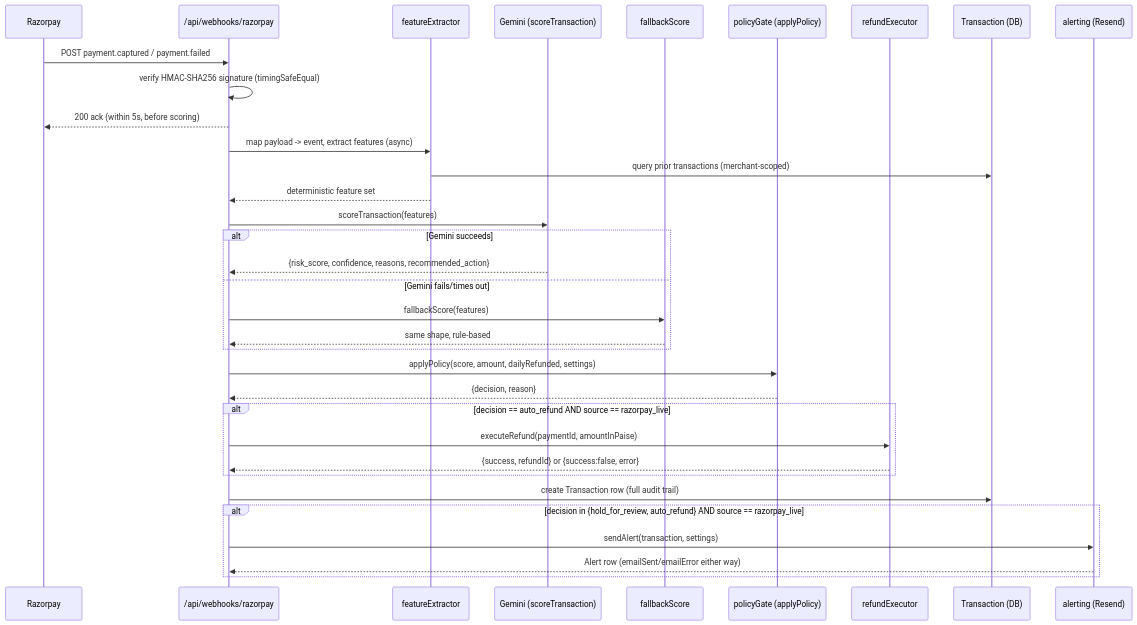
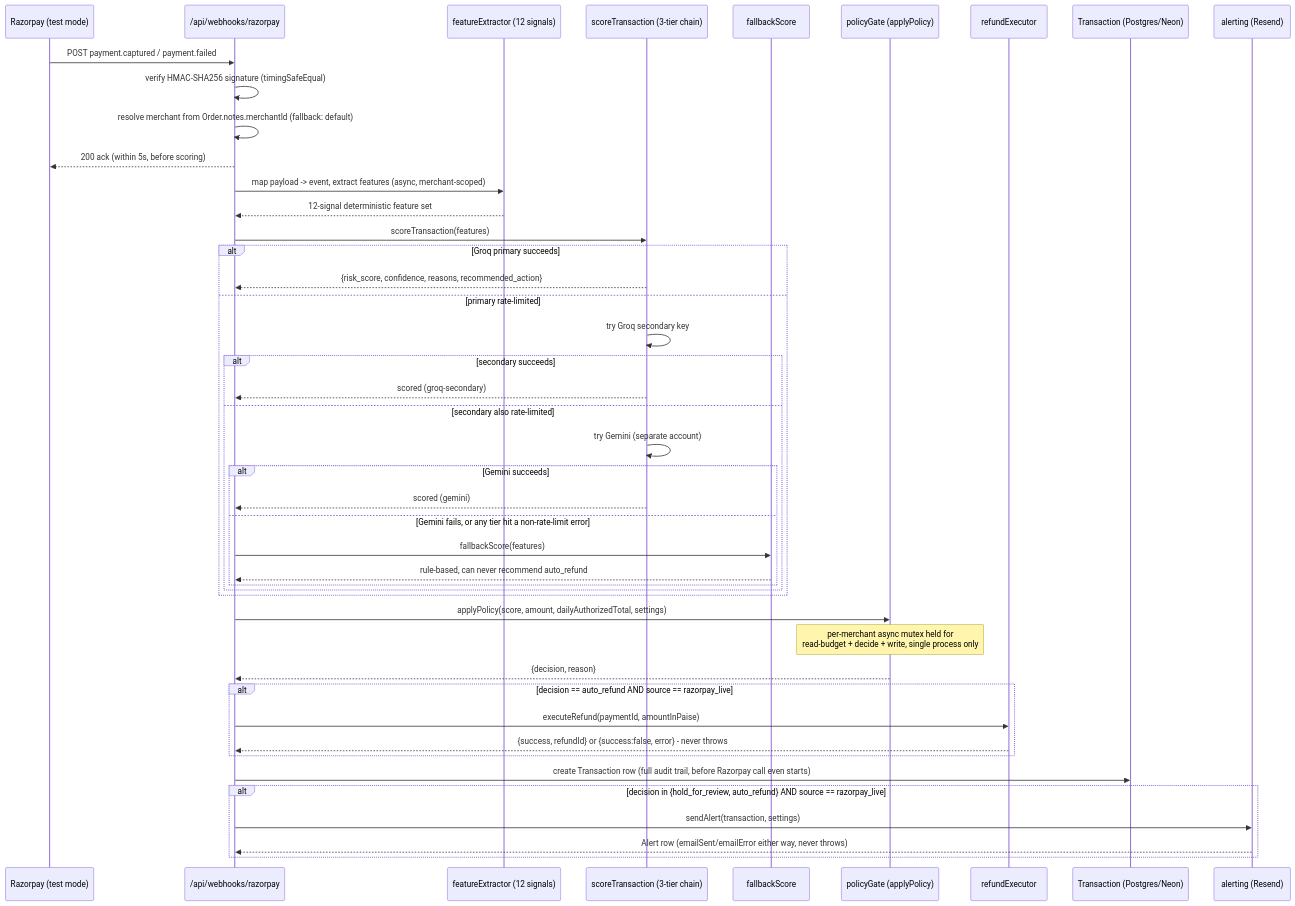
One commit to jaybharuka/Sentinel changed the diagram in docs/PROJECT_REVIEW.md. Above: the diagram before and after it, drawn with Mermaid. The commit also changed other lines of this file and 4 other files, not shown here.

````diff
--- a/docs/PROJECT_REVIEW.md
+++ b/docs/PROJECT_REVIEW.md
@@ -17,37 +29,48 @@
 ```mermaid
 sequenceDiagram
-    participant RP as Razorpay
+    participant RP as Razorpay (test mode)
     participant WH as /api/webhooks/razorpay
-    participant FE as featureExtractor
-    participant AI as Gemini (scoreTransaction)
+    participant FE as featureExtractor (12 signals)
+    participant AI as scoreTransaction (3-tier chain)
     participant FB as fallbackScore
     participant PG as policyGate (applyPolicy)
     participant RF as refundExecutor
-    participant DB as Transaction (DB)
+    participant DB as Transaction (Postgres/Neon)
     participant AL as alerting (Resend)
 
     RP->>WH: POST payment.captured / payment.failed
     WH->>WH: verify HMAC-SHA256 signature (timingSafeEqual)
+    WH->>WH: resolve merchant from Order.notes.merchantId (fallback: default)
     WH-->>RP: 200 ack (within 5s, before scoring)
-    WH->>FE: map payload -> event, extract features (async)
-    FE->>DB: query prior transactions (merchant-scoped)
-    FE-->>WH: deterministic feature set
+    WH->>FE: map payload -> event, extract features (async, merchant-scoped)
+    FE-->>WH: 12-signal deterministic feature set
     WH->>AI: scoreTransaction(features)
-    alt Gemini succeeds
+    alt Groq primary succeeds
         AI-->>WH: {risk_score, confidence, reasons, recommended_action}
-    else Gemini fails/times out
-        WH->>FB: fallbackScore(features)
-        FB-->>WH: same shape, rule-based
+    else primary rate-limited
+        AI->>AI: try Groq secondary key
+        alt secondary succeeds
+            AI-->>WH: scored (groq-secondary)
+        else secondary also rate-limited
+            AI->>AI: try Gemini (separate account)
+            alt Gemini succeeds
+                AI-->>WH: scored (gemini)
+            else Gemini fails, or any tier hit a non-rate-limit error
+                WH->>FB: fallbackScore(features)
+                FB-->>WH: rule-based, can never recommend auto_refund
+            end
+        end
     end
-    WH->>PG: applyPolicy(score, amount, dailyRefunded, settings)
+    WH->>PG: applyPolicy(score, amount, dailyAuthorizedTotal, settings)
+    Note over PG: per-merchant async mutex held for<br/>read-budget + decide + write, single process only
     PG-->>WH: {decision, reason}
     alt decision == auto_refund AND source == razorpay_live
         WH->>RF: executeRefund(paymentId, amountInPaise)
-        RF-->>WH: {success, refundId} or {success:false, error}
+        RF-->>WH: {success, refundId} or {success:false, error} - never throws
     end
-    WH->>DB: create Transaction row (full audit trail)
+    WH->>DB: create Transaction row (full audit trail, before Razorpay call even starts)
     alt decision in {hold_for_review, auto_refund} AND source == razorpay_live
         WH->>AL: sendAlert(transaction, settings)
-        AL-->>WH: Alert row (emailSent/emailError either way)
+        AL-->>WH: Alert row (emailSent/emailError either way, never throws)
     end
 ```
````
